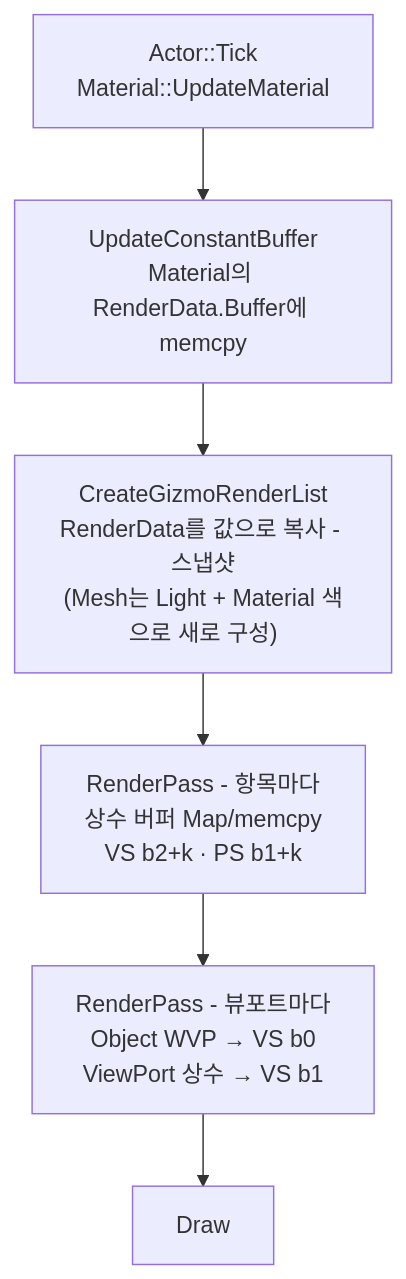
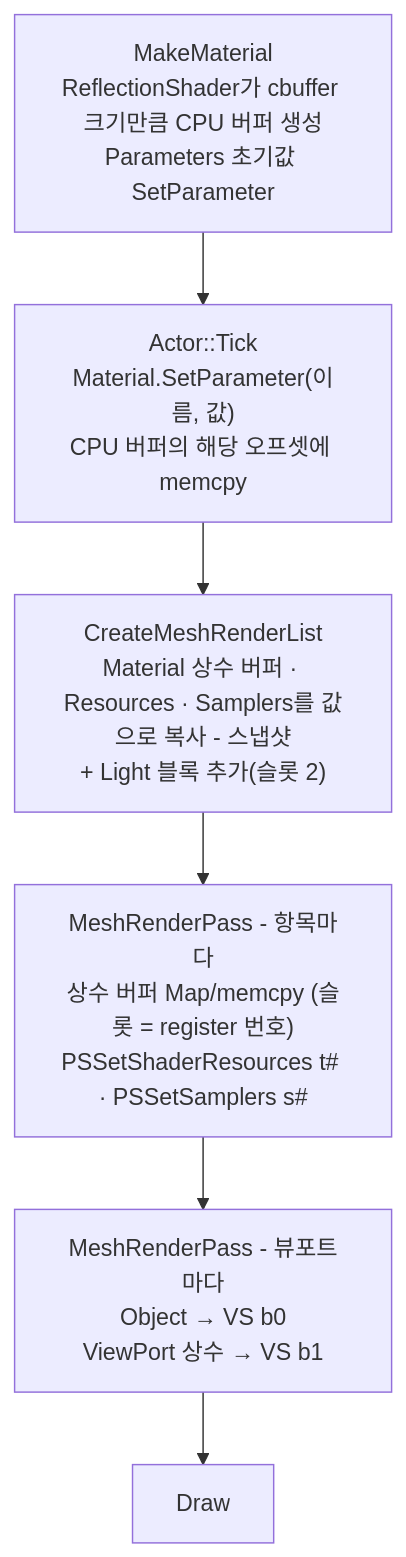
One commit to Gat-Young/ForestPearlEngine changed the seventh of 16 diagrams in README.md. Above: the diagram before and after it, drawn with Mermaid. The commit also changed other lines of this file and 57 other files, not shown here.

Commit message:
:t-rex: : Shader Reflection, Update READM.md

````diff
--- a/README.md
+++ b/README.md
@@ -825,8 +823,8 @@
 ```mermaid
 flowchart TD
-    A["Actor::Tick<br/>Material::UpdateMaterial"] --> B["UpdateConstantBuffer<br/>Material의 RenderData.Buffer에 memcpy"]
-    B --> C["CreateGizmoRenderList<br/>RenderData를 값으로 복사 - 스냅샷<br/>(Mesh는 Light + Material 색으로 새로 구성)"]
-    C --> D["RenderPass - 항목마다<br/>상수 버퍼 Map/memcpy<br/>VS b2+k · PS b1+k"]
-    D --> E["RenderPass - 뷰포트마다<br/>Object WVP → VS b0<br/>ViewPort 상수 → VS b1"]
+    A["MakeMaterial<br/>ReflectionShader가 cbuffer 크기만큼 CPU 버퍼 생성<br/>Parameters 초기값 SetParameter"] --> B["Actor::Tick<br/>Material.SetParameter(이름, 값)<br/>CPU 버퍼의 해당 오프셋에 memcpy"]
+    B --> C["CreateMeshRenderList<br/>Material 상수 버퍼 · Resources · Samplers를 값으로 복사 - 스냅샷<br/>+ Light 블록 추가(슬롯 2)"]
+    C --> D["MeshRenderPass - 항목마다<br/>상수 버퍼 Map/memcpy (슬롯 = register 번호)<br/>PSSetShaderResources t# · PSSetSamplers s#"]
+    D --> E["MeshRenderPass - 뷰포트마다<br/>Object → VS b0<br/>ViewPort 상수 → VS b1"]
     E --> F["Draw"]
 ```
````
